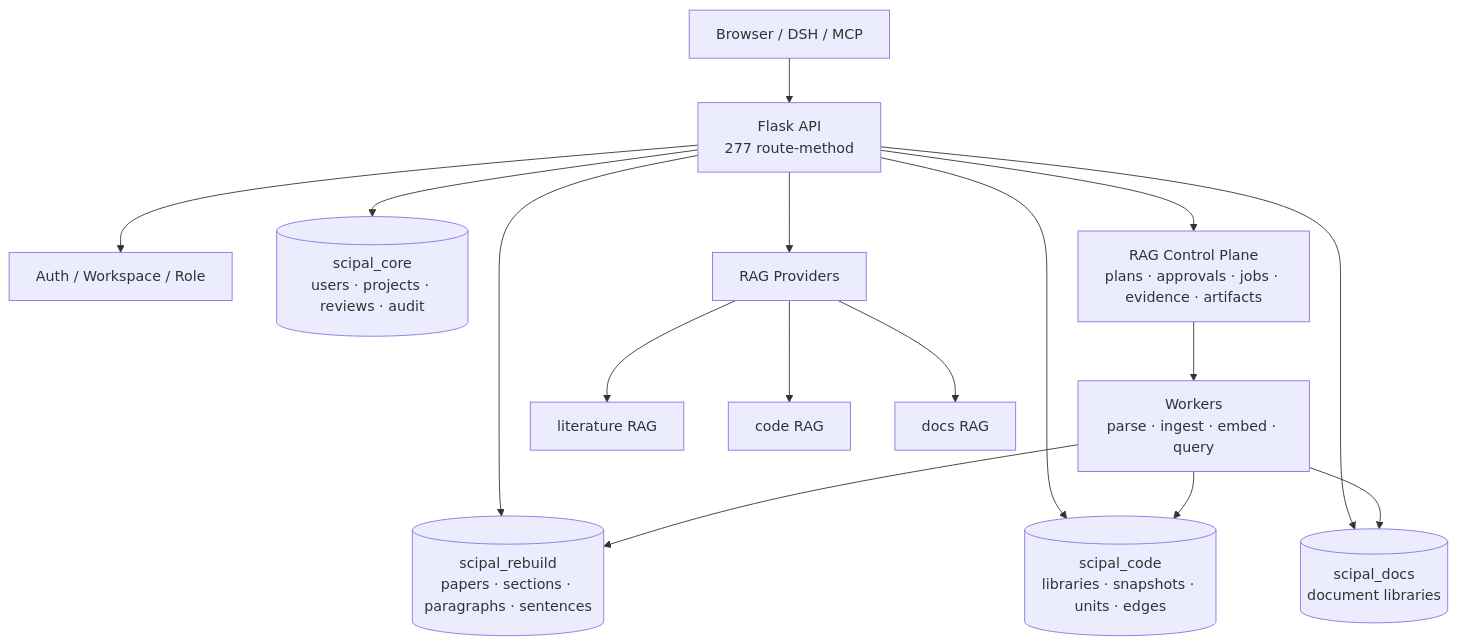
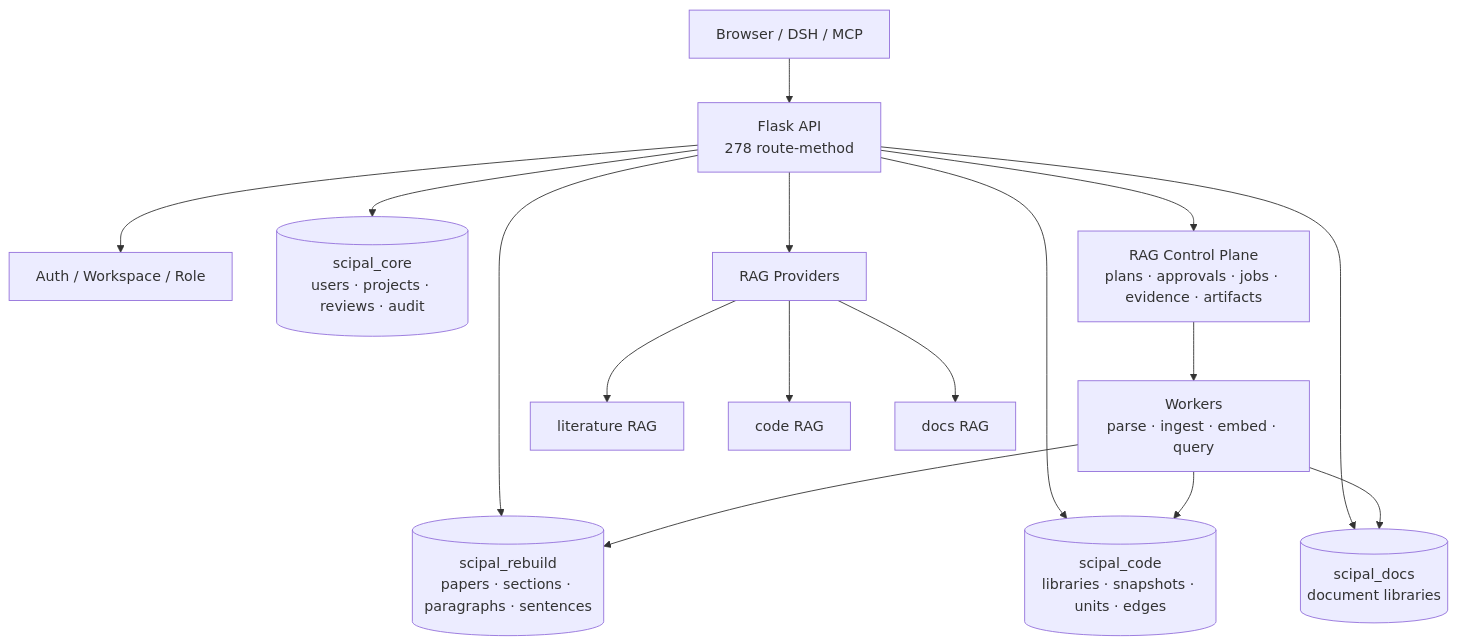
The first of 2 diagrams in README.md (williamchen520/sci-pal), drawn with Mermaid before and after one commit. The commit also changed other lines of this file and 9 other files, not shown here.

````diff
--- a/README.md
+++ b/README.md
@@ -77,20 +77,20 @@
 ```mermaid
 flowchart TB
-    U["Browser / DSH / MCP"] --> API["Flask API<br/>277 route-method"]
+    U["Browser / DSH / MCP"] --> API["Flask API<br/>278 route-method"]
     API --> AUTH["Auth / Workspace / Role"]
     API --> CORE[("scipal_core<br/>users · projects · reviews · audit")]
     API --> CORPUS[("scipal_rebuild<br/>papers · sections · paragraphs · sentences")]
     API --> CODE[("scipal_code<br/>libraries · snapshots · units · edges")]
     API --> DOCS[("scipal_docs<br/>document libraries")]
 
     API --> CP["RAG Control Plane<br/>plans · approvals · jobs · evidence · artifacts"]
     CP --> WORKER["Workers<br/>parse · ingest · embed · query"]
     WORKER --> CORPUS
     WORKER --> CODE
     WORKER --> DOCS
 
     API --> PROV["RAG Providers"]
     PROV --> LIT["literature RAG"]
     PROV --> CRAG["code RAG"]
     PROV --> DRAG["docs RAG"]
 ```
````
